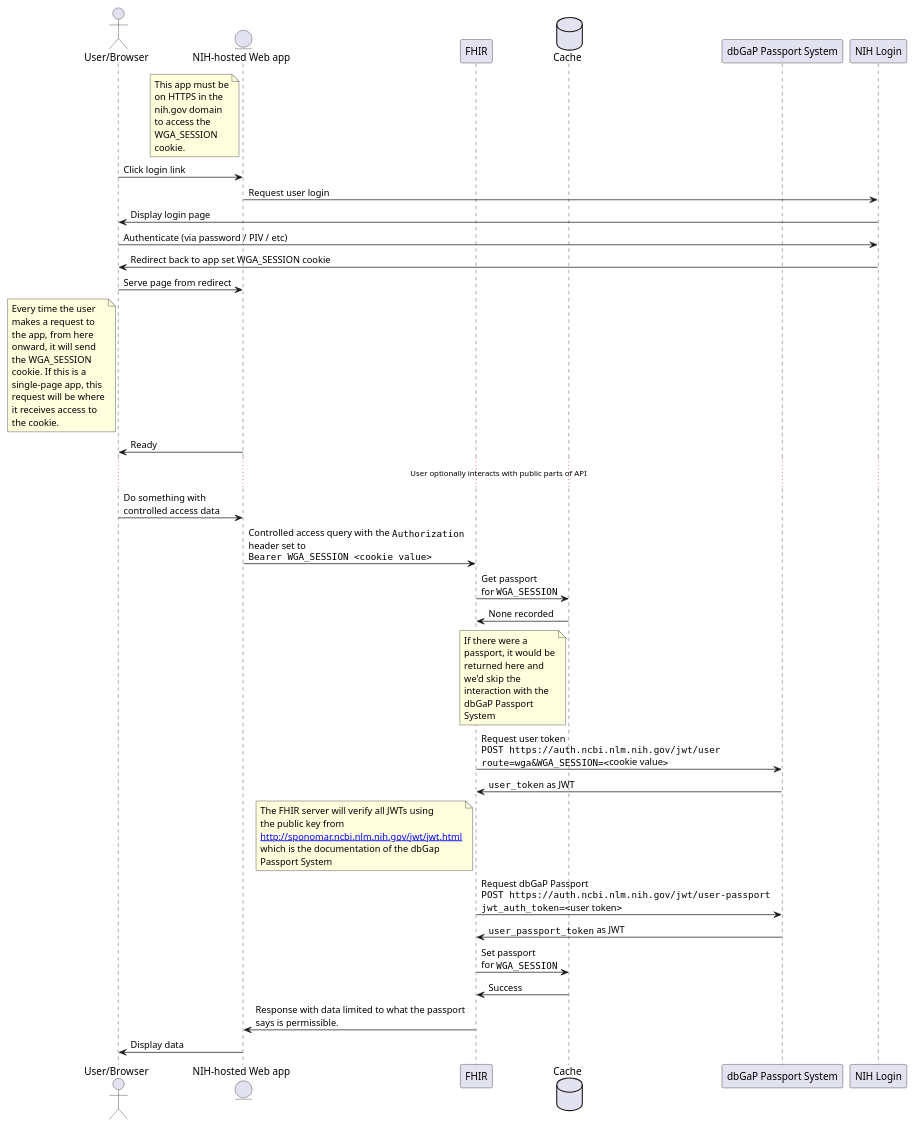
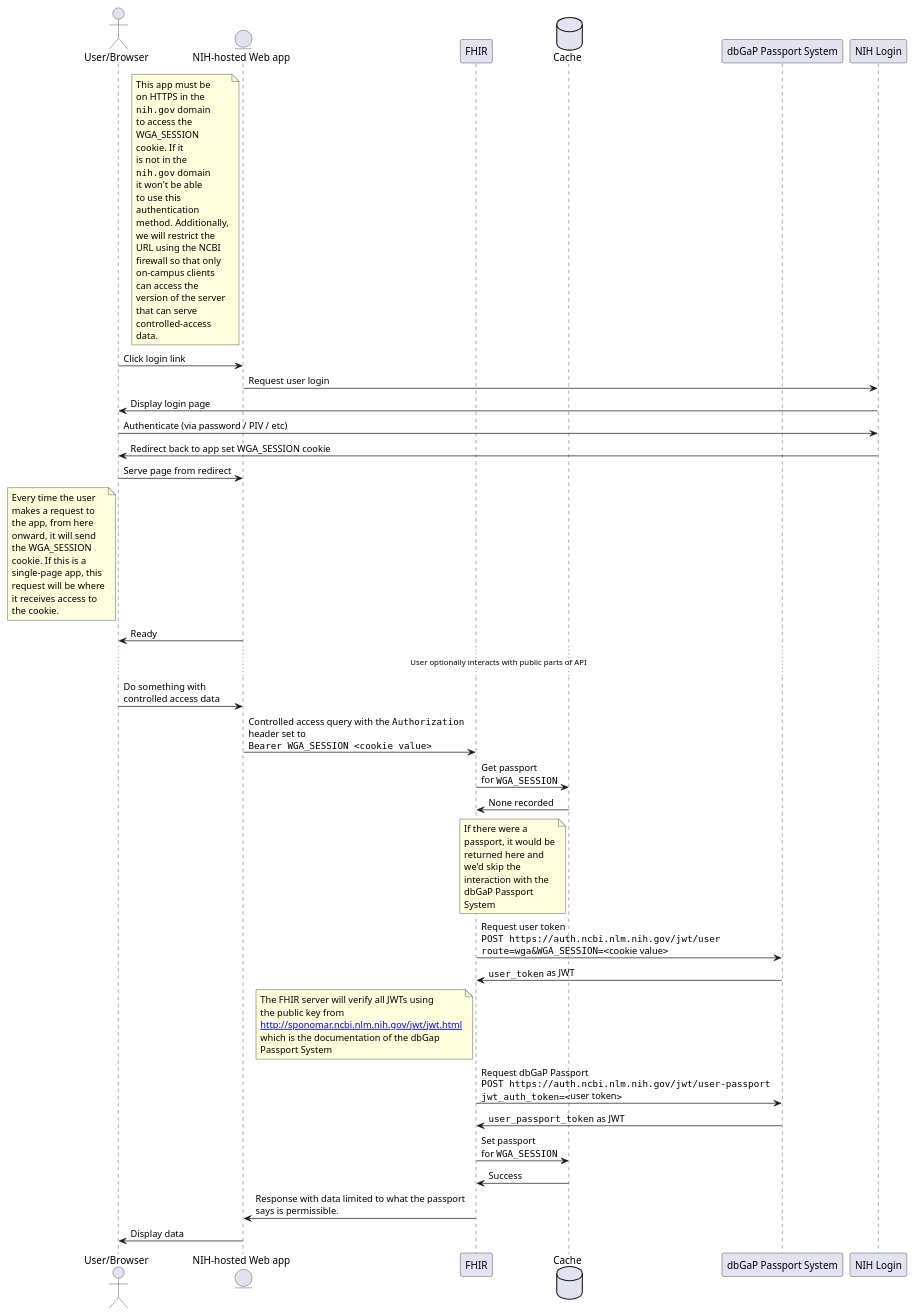
Before and after one commit to RadixSeven/RAS-FHIR-Flow: the diagram in uml/wga_session_flow.plantuml, drawn with PlantUML.

Commit message:
Make the note about restrictions more comprehensive

```diff
--- a/uml/wga_session_flow.plantuml
+++ b/uml/wga_session_flow.plantuml
@@ -1,74 +1,89 @@
 @startuml "wga_session_flow"
 ''''''''''''''''''
 'This is a proposed interim flow to use while we wait for full authorization solutions to come online
 '
 'It uses authentication to do authorization but is limited to users in the nih domain, so it should be OK as a
 'temporary measure.
 ''''''''''''''''''
 actor "User/Browser" as User
 entity "NIH-hosted Web app" as App
 participant "FHIR" as Fhir
 database "Cache" as Cache
 participant "dbGaP Passport System" as dbGap
 participant "NIH Login" as NihLogin
 
 note left of App
 This app must be
 on HTTPS in the
-nih.gov domain
+""nih.gov"" domain
 to access the
 WGA_SESSION
-cookie.
+cookie. If it
+is not in the
+""nih.gov"" domain
+it won't be able
+to use this
+authentication
+method. Additionally,
+we will restrict the
+URL using the NCBI
+firewall so that only
+on-campus clients
+can access the
+version of the server
+that can serve
+controlled-access
+data.
 end note
 
 User -> App : Click login link
 App -> NihLogin : Request user login
 NihLogin -> User: Display login page
 User -> NihLogin: Authenticate (via password / PIV / etc)
 NihLogin -> User: Redirect back to app set WGA_SESSION cookie
 User -> App: Serve page from redirect
 note left of User
 Every time the user
 makes a request to
 the app, from here
 onward, it will send
 the WGA_SESSION
 cookie. If this is a
 single-page app, this
 request will be where
 it receives access to
 the cookie.
 end note
 App -> User : Ready
 
 ... User optionally interacts with public parts of API ...
 
 User -> App: Do something with\ncontrolled access data
 App -> Fhir: Controlled access query with the ""Authorization""\nheader set to\n""Bearer WGA_SESSION <cookie value>""
 Fhir -> Cache: Get passport\nfor ""WGA_SESSION""
 Cache -> Fhir: None recorded
 note left of Cache
 If there were a
 passport, it would be
 returned here and
 we'd skip the
 interaction with the
 dbGaP Passport
 System
 end note
 Fhir -> dbGap: Request user token\n""POST https://auth.ncbi.nlm.nih.gov/jwt/user""\n""route=wga&WGA_SESSION=<""cookie value"">""
 dbGap -> Fhir: ""user_token"" as JWT
 note left of Fhir
 The FHIR server will verify all JWTs using
 the public key from
 [[http://sponomar.ncbi.nlm.nih.gov/jwt/jwt.html]]
 which is the documentation of the dbGap
 Passport System
 end note
 Fhir -> dbGap: Request dbGaP Passport\n""POST https://auth.ncbi.nlm.nih.gov/jwt/user-passport""\n""jwt_auth_token=<""user token"">""
 dbGap -> Fhir: ""user_passport_token"" as JWT
 Fhir -> Cache: Set passport\nfor ""WGA_SESSION""
 Cache -> Fhir: Success
 Fhir -> App: Response with data limited to what the passport\nsays is permissible.
 App -> User: Display data
 @enduml
```
